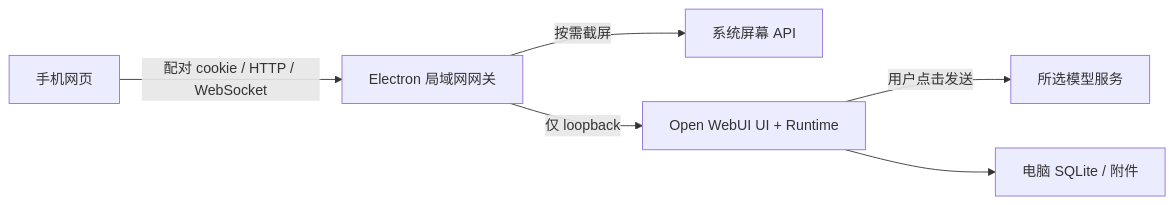
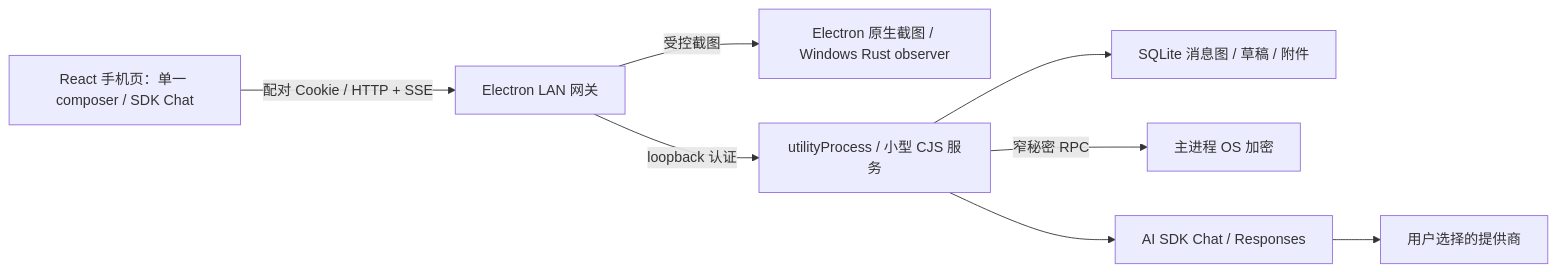
Before and after one commit to 1162706031/Scrylet: the diagram in docs/architecture.md, drawn with Mermaid. The commit also changed other lines of this file and 350 other files, not shown here.

````diff
--- a/docs/architecture.md
+++ b/docs/architecture.md
@@ -5,8 +5,10 @@
 ```mermaid
 flowchart LR
-  phone[手机网页] -->|配对 cookie / HTTP / WebSocket| gateway[Electron 局域网网关]
-  gateway -->|按需截屏| screen[系统屏幕 API]
-  gateway -->|仅 loopback| webui[Open WebUI UI + Runtime]
-  webui -->|用户点击发送| model[所选模型服务]
-  webui --> data[电脑 SQLite / 附件]
+  phone[React 手机页：单一 composer / SDK Chat] -->|配对 Cookie / HTTP + SSE| gateway[Electron LAN 网关]
+  gateway -->|受控截图| screen[Electron 原生截图 / Windows Rust observer]
+  gateway -->|loopback 认证| service[utilityProcess / 小型 CJS 服务]
+  service --> sqlite[SQLite 消息图 / 草稿 / 附件]
+  service -->|窄秘密 RPC| keys[主进程 OS 加密]
+  service --> sdk[AI SDK Chat / Responses]
+  sdk --> provider[用户选择的提供商]
 ```
````
